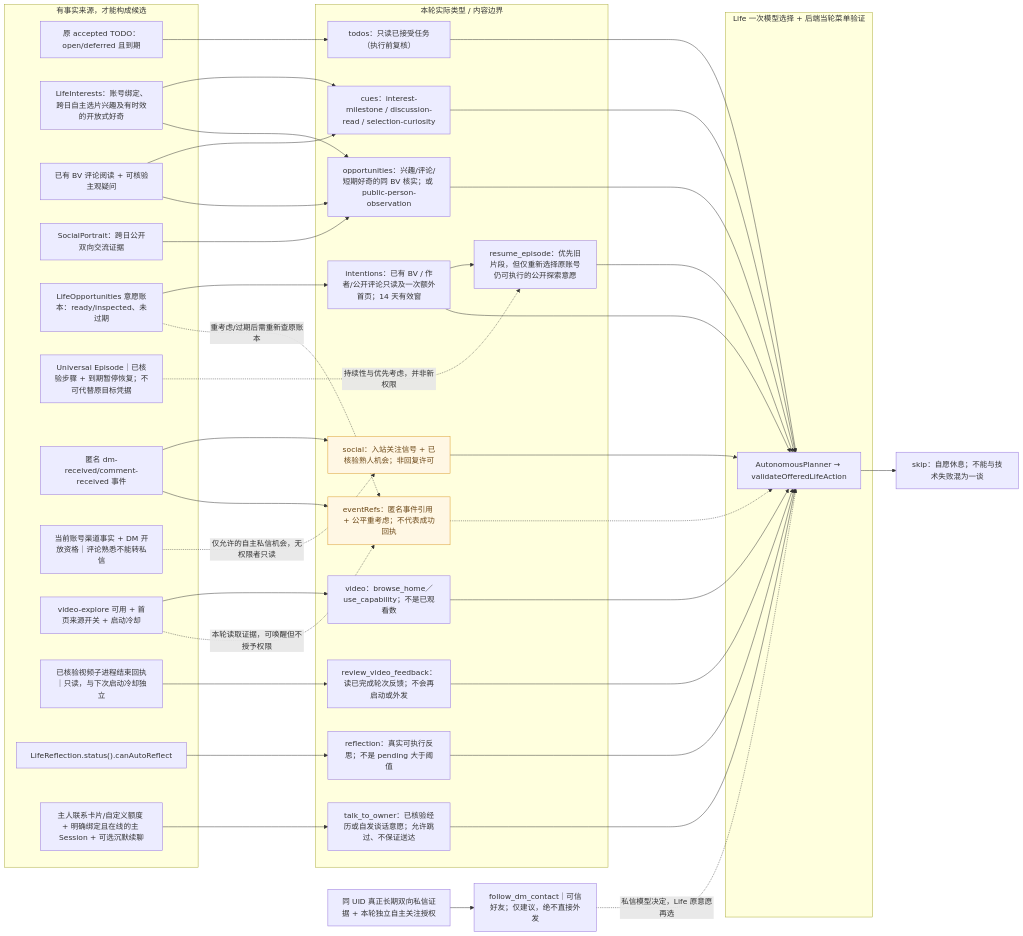
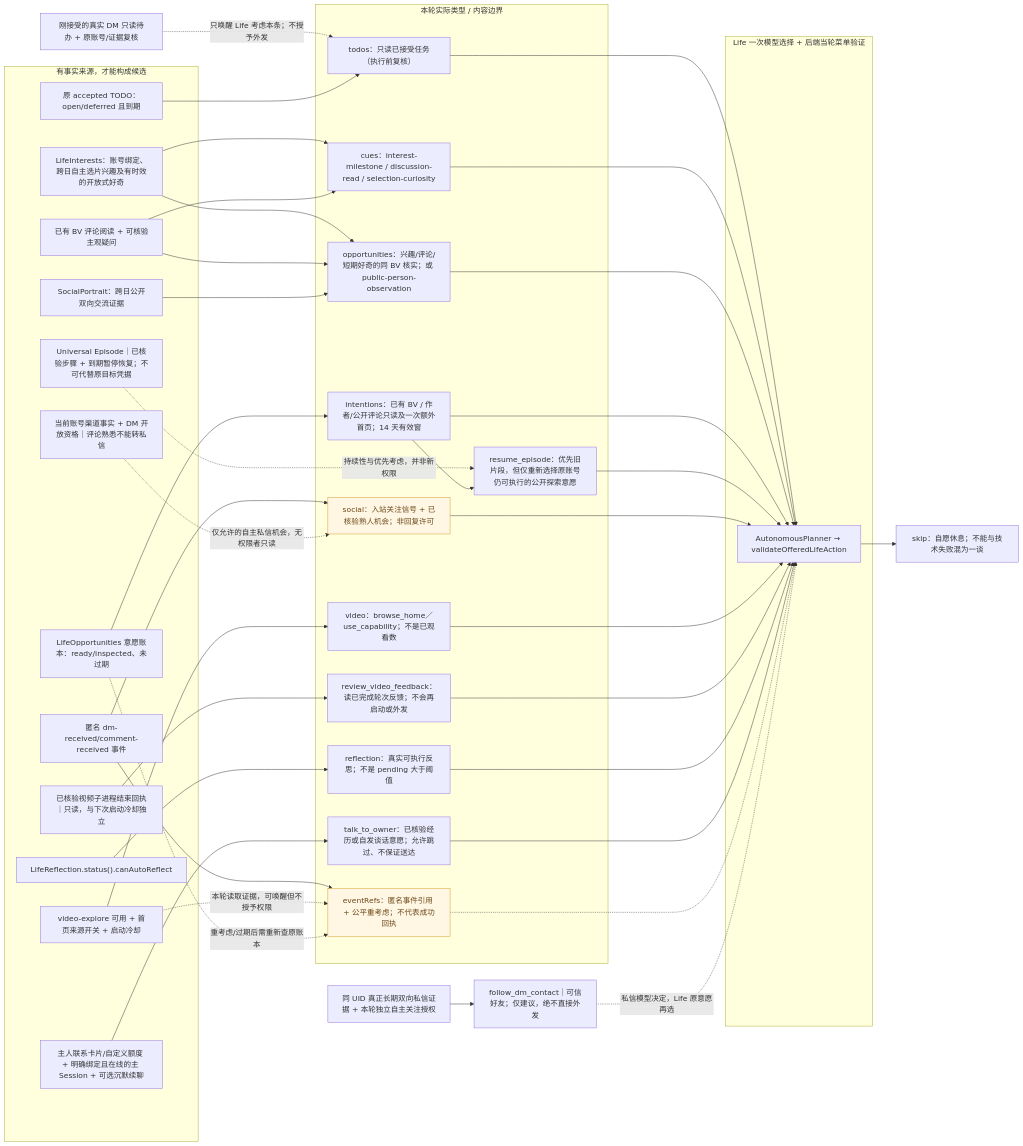
Before and after one commit to minedalang/dsh-dafeiyu-life: the diagram in docs/architecture/diagrams/life-candidates-current.mmd, drawn with Mermaid. The commit also changed 18 other files, not shown here.

```diff
--- a/docs/architecture/diagrams/life-candidates-current.mmd
+++ b/docs/architecture/diagrams/life-candidates-current.mmd
@@ -1,111 +1,114 @@
 %% dev.74：关系按自然熟悉度/渠道证据/DM Openness 三维分离，只有私人关系才可能授权发起。
 %% dev.73：普通自主 Life 最短间隔不再由 2 分钟经验/片段续接绕过；真实入站社交独立快唤醒。
 %% 管理页只读并列展示线索、契机与待办；Life 已批准不等于平台送达，待回执不能标为中断。
 %% dev.71：继承 dev.70 动态核验恢复与可见 Life 额度；Life 授权证明消费/结算按 dev.71 账本契约执行。
 %% 生活候选细目字典：这是当前项目的真实 schema 类型/选择约束，不是泛化的 AI 心理推演。
 flowchart LR
   subgraph inputs["有事实来源，才能构成候选"]
     sourceTodo["原 accepted TODO：open/deferred 且到期"]
     sourceInterest["LifeInterests：账号绑定、跨日自主选片兴趣及有时效的开放式好奇"]
     sourceDiscussion["已有 BV 评论阅读 + 可核验主观疑问"]
     sourcePerson["SocialPortrait：跨日公开双向交流证据"]
     sourceLife["LifeOpportunities 意愿账本：ready/inspected、未过期"]
     episodeState["Universal Episode｜已核验步骤 + 到期暂停恢复；不可代替原目标凭据"]
     sourceSocial["匿名 dm-received/comment-received 事件"]
     privateBound["当前账号渠道事实 + DM 开放资格｜评论熟悉不能转私信"]
     sourceVideo["video-explore 可用 + 首页来源开关 + 启动冷却"]
     sourceVideoFeedback["已核验视频子进程结束回执｜只读，与下次启动冷却独立"]
     sourceReflect["LifeReflection.status().canAutoReflect"]
     sourceOwner["主人联系卡片/自定义额度 + 明确绑定且在线的主 Session + 可选沉默续聊"]
   end
   subgraph candidates["本轮实际类型 / 内容边界"]
     todos["todos：只读已接受任务（执行前复核）"]
     cues["cues：interest-milestone / discussion-read / selection-curiosity"]
     opportunities["opportunities：兴趣/评论/短期好奇的同 BV 核实；或 public-person-observation"]
     intentions["intentions：已有 BV / 作者/公开评论只读及一次额外首页；14 天有效窗"]
     resume["resume_episode：优先旧片段，但仅重新选择原账号仍可执行的公开探索意愿"]
     social["social：入站关注信号 + 已核验熟人机会；非回复许可"]
     video["video：browse_home／use_capability；不是已观看数"]
     reviewFeedback["review_video_feedback：读已完成轮次反馈；不会再启动或外发"]
     reflection["reflection：真实可执行反思；不是 pending 大于阈值"]
     ownerChat["talk_to_owner：已核验经历或自发谈话意愿；允许跳过、不保证送达"]
     eventRefs["eventRefs：匿名事件引用 + 公平重考虑；不代表成功回执"]
   end
+  acceptedDm["刚接受的真实 DM 只读待办 + 原账号/证据复核"]
+  acceptedDm -.->|只唤醒 Life 考虑本条；不授予外发| todos
   sourceTodo --> todos
   sourceInterest --> cues
   sourceDiscussion --> cues
   sourceInterest --> opportunities
   sourceDiscussion --> opportunities
   sourcePerson --> opportunities
   sourceLife --> intentions
   episodeState -.->|持续性与优先考虑，并非新权限| resume
   intentions --> resume
   sourceSocial --> social
   privateBound -.->|仅允许的自主私信机会，无权限者只读| social
   sourceVideo --> video
   sourceVideoFeedback --> reviewFeedback
   sourceReflect --> reflection
   sourceOwner --> ownerChat
   sourceSocial --> eventRefs
   sourceVideo -.->|本轮读取证据，可唤醒但不授予权限| eventRefs
   sourceLife -.->|重考虑/过期后需重新查原账本| eventRefs
   subgraph choice["Life 一次模型选择 + 后端当轮菜单验证"]
     planner["AutonomousPlanner → validateOfferedLifeAction"]
   end
   todos --> planner
   cues --> planner
   opportunities --> planner
   intentions --> planner
   resume --> planner
   social --> planner
   video --> planner
   reviewFeedback --> planner
   reflection --> planner
   ownerChat --> planner
   eventRefs -.-> planner
   rest["skip：自愿休息；不能与技术失败混为一谈"]
   planner --> rest
   classDef partial fill:#fff7e4,stroke:#d99727,color:#6b4717
   class social,eventRefs partial
 
+%% @code acceptedDm | lib/autonomous-planner.mjs | const acceptedWake=
 %% @code todos | lib/owner-todos.mjs | export const READ_TODO_TYPES
 %% @code cues | lib/life-opportunities.mjs | const explorationCues=
 %% @code opportunities | lib/life-opportunities.mjs | export function deriveDiscussionOpportunities
 %% @code intentions | lib/life-opportunities.mjs | const intentions=
 %% @code social | lib/life-agent-events.mjs | const TYPES=new Set
 %% @code video | lib/autonomous-planner.mjs | if(homeEnabled&&lifeSkills.some
 %% @code reflection | lib/life-reflection.mjs | canAutoReflect
 %% @code eventRefs | lib/life-agent-events.mjs | export const lifeEventDebugRef
 %% @code planner | lib/autonomous-planner.mjs | export function validateOfferedLifeAction
 
 %% dev.68：独立评论 Agent 不再用隐藏的陌生人模型考虑次数挡住 Life 自主交流；
 %% 这里的匿名社交提醒仍不是回复发送许可，真实评论回执和外发额度由原执行器核验。
 
 %% dev.33 maintenance: selection-curiosity from account-tagged verified selected BV only;
 %% no free-form title search, no automatic outbound approval.
 
 %% dev.35: Episode 的写入不是默认终点；需实际只读或主动休息 + 冷却后才能再写，仍无新权限。
 
 %% @code episodeState | lib/life-universal-episodes.mjs | const view=e=>
 %% @code resume | lib/autonomous-planner.mjs | action:'resume_episode'
 
 %% @code resume | lib/life-episode-entrypoints.mjs | export function prioritizeLifeContinuationCandidates
 
 %% @code reviewFeedback | lib/autonomous-planner.mjs | action:'review_video_feedback'
 
 %% dev.38：以下私信跟进动作由私信 Agent 自主提议，不能在顶层直接凭 UID 触发。
 dmHistory["同 UID 真正长期双向私信证据 + 本轮独立自主关注授权"]
 dmFollowCandidate["follow_dm_contact｜可信好友；仅建议，绝不直接外发"]
 dmHistory --> dmFollowCandidate
 dmFollowCandidate -.->|私信模型决定，Life 原意愿再选| planner
 %% @code dmHistory | lib/life-subagent-continuity.mjs | export function dmContactFollowCandidates
 %% @code dmFollowCandidate | lib/life-subagent-continuity.mjs | action:'follow_dm_contact'
 
 %% dev.42: Life-selected owner contact is opt-in and not delivery-confirmed.
 %% @code sourceOwner | lib/main-session-bridge.mjs | const ownerChatReadiness=
 %% @code ownerChat | lib/autonomous-planner.mjs | action:'talk_to_owner'
 
 %% dev.44 shared owner contact settings and silence consideration.
 %% @code sourceOwner | lib/main-session-bridge.mjs | const ownerChatReadiness=
 
 %% @code privateBound | lib/social-relationship-channels.mjs | export function evaluateDmOpenness
```
